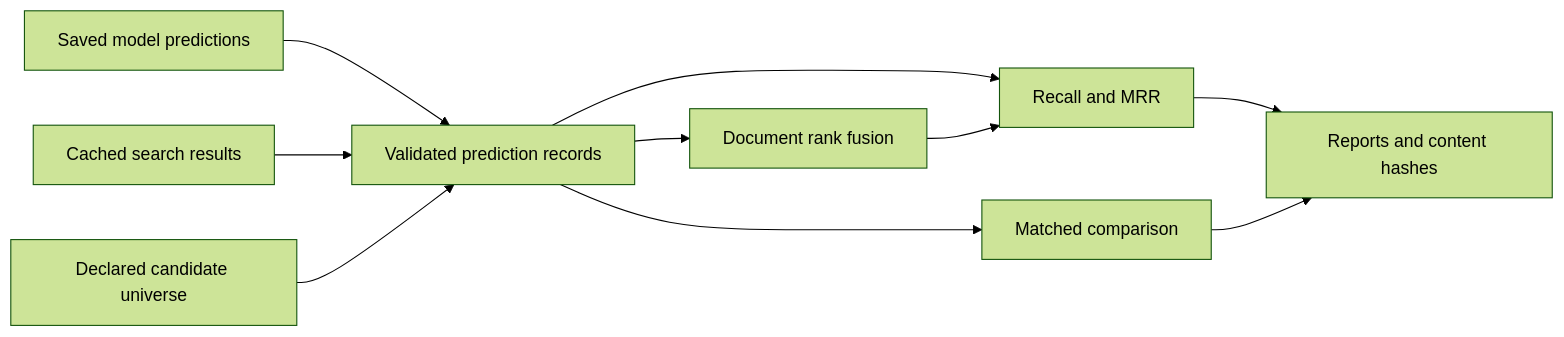
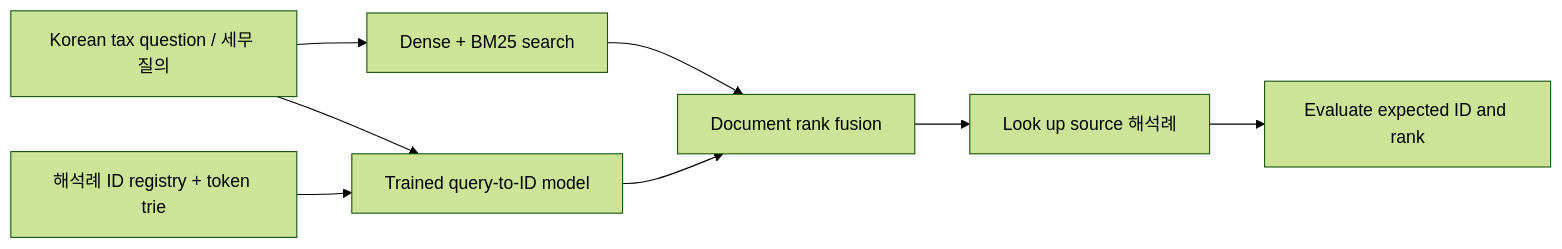
One commit to sungmin-kwon/law-generative-retrieval changed the diagram in README.md. Above: the diagram before and after it, drawn with Mermaid (forest theme). The commit also changed other lines of this file and 19 other files, not shown here.

````diff
--- a/README.md
+++ b/README.md
@@ -49,12 +103,10 @@
 ```mermaid
 flowchart LR
-    A[Saved model predictions] --> C[Validated prediction records]
-    B[Cached search results] --> C
-    U[Declared candidate universe] --> C
-    C --> D[Recall and MRR]
-    C --> E[Matched comparison]
-    C --> F[Document rank fusion]
-    F --> D
-    D --> G[Reports and content hashes]
-    E --> G
+    Q["Korean tax question / 세무 질의"] --> D["Dense + BM25 search"]
+    Q --> G["Trained query-to-ID model"]
+    R["해석례 ID registry + token trie"] --> G
+    D --> F["Document rank fusion"]
+    G --> F
+    F --> L["Look up source 해석례"]
+    L --> E["Evaluate expected ID and rank"]
 ```
````
